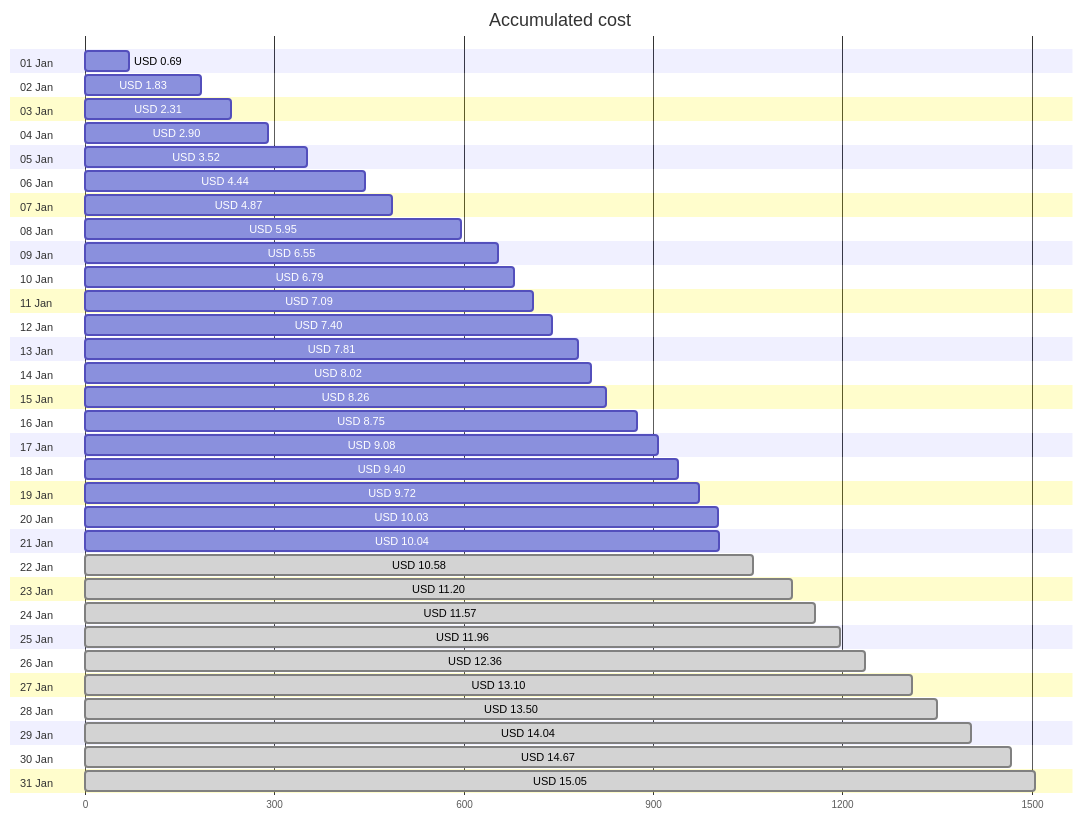
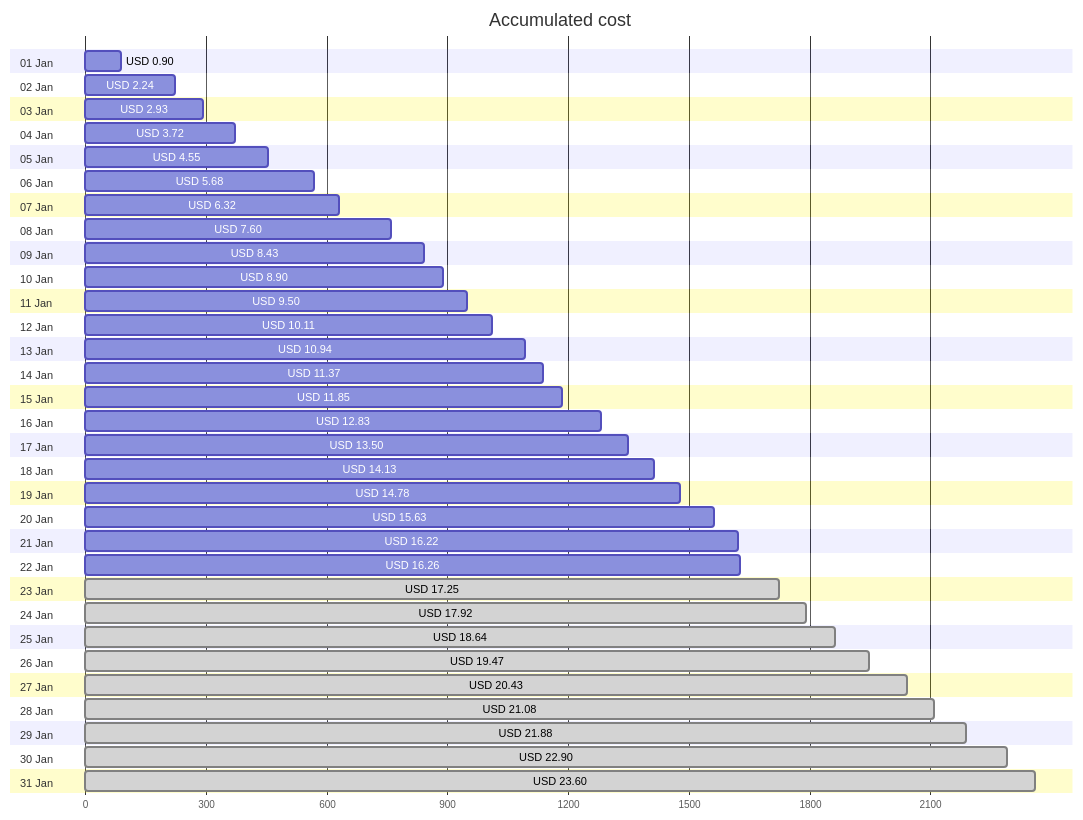
The first of 4 diagrams in cost-reports/personal-network/vpn-server.md (jpfulton/azure-personal-reports), drawn with Mermaid before and after one commit. The commit also changed other lines of this file and 8 other files, not shown here.

````diff
--- a/cost-reports/personal-network/vpn-server.md
+++ b/cost-reports/personal-network/vpn-server.md
@@ -20,68 +20,68 @@
 ```mermaid
 gantt
    title Accumulated cost
    dateFormat  X
    axisFormat %s
    section 01 Jan
-   USD 0.69 :0, 69
+   USD 0.90 :0, 90
    section 02 Jan
-   USD 1.83 :0, 183
+   USD 2.24 :0, 224
    section 03 Jan
-   USD 2.31 :0, 231
+   USD 2.93 :0, 293
    section 04 Jan
-   USD 2.90 :0, 290
+   USD 3.72 :0, 372
    section 05 Jan
-   USD 3.52 :0, 352
+   USD 4.55 :0, 455
    section 06 Jan
-   USD 4.44 :0, 444
+   USD 5.68 :0, 568
    section 07 Jan
-   USD 4.87 :0, 487
+   USD 6.32 :0, 632
    section 08 Jan
-   USD 5.95 :0, 595
+   USD 7.60 :0, 760
    section 09 Jan
-   USD 6.55 :0, 655
+   USD 8.43 :0, 843
    section 10 Jan
-   USD 6.79 :0, 679
+   USD 8.90 :0, 890
    section 11 Jan
-   USD 7.09 :0, 709
+   USD 9.50 :0, 950
    section 12 Jan
-   USD 7.40 :0, 740
+   USD 10.11 :0, 1011
    section 13 Jan
-   USD 7.81 :0, 781
+   USD 10.94 :0, 1094
    section 14 Jan
-   USD 8.02 :0, 802
+   USD 11.37 :0, 1137
    section 15 Jan
-   USD 8.26 :0, 826
+   USD 11.85 :0, 1185
    section 16 Jan
-   USD 8.75 :0, 875
+   USD 12.83 :0, 1283
    section 17 Jan
-   USD 9.08 :0, 908
+   USD 13.50 :0, 1350
    section 18 Jan
-   USD 9.40 :0, 940
+   USD 14.13 :0, 1413
    section 19 Jan
-   USD 9.72 :0, 972
+   USD 14.78 :0, 1478
    section 20 Jan
-   USD 10.03 :0, 1003
+   USD 15.63 :0, 1563
    section 21 Jan
-   USD 10.04 :0, 1004
+   USD 16.22 :0, 1622
    section 22 Jan
-   USD 10.58 : done, 0, 1058
+   USD 16.26 :0, 1626
    section 23 Jan
-   USD 11.20 : done, 0, 1120
+   USD 17.25 : done, 0, 1725
    section 24 Jan
-   USD 11.57 : done, 0, 1157
+   USD 17.92 : done, 0, 1792
    section 25 Jan
-   USD 11.96 : done, 0, 1196
+   USD 18.64 : done, 0, 1864
    section 26 Jan
-   USD 12.36 : done, 0, 1236
+   USD 19.47 : done, 0, 1947
    section 27 Jan
-   USD 13.10 : done, 0, 1310
+   USD 20.43 : done, 0, 2043
    section 28 Jan
-   USD 13.50 : done, 0, 1350
+   USD 21.08 : done, 0, 2108
    section 29 Jan
-   USD 14.04 : done, 0, 1404
+   USD 21.88 : done, 0, 2188
    section 30 Jan
-   USD 14.67 : done, 0, 1467
+   USD 22.90 : done, 0, 2290
    section 31 Jan
-   USD 15.05 : done, 0, 1505
+   USD 23.60 : done, 0, 2360
 ```
````
